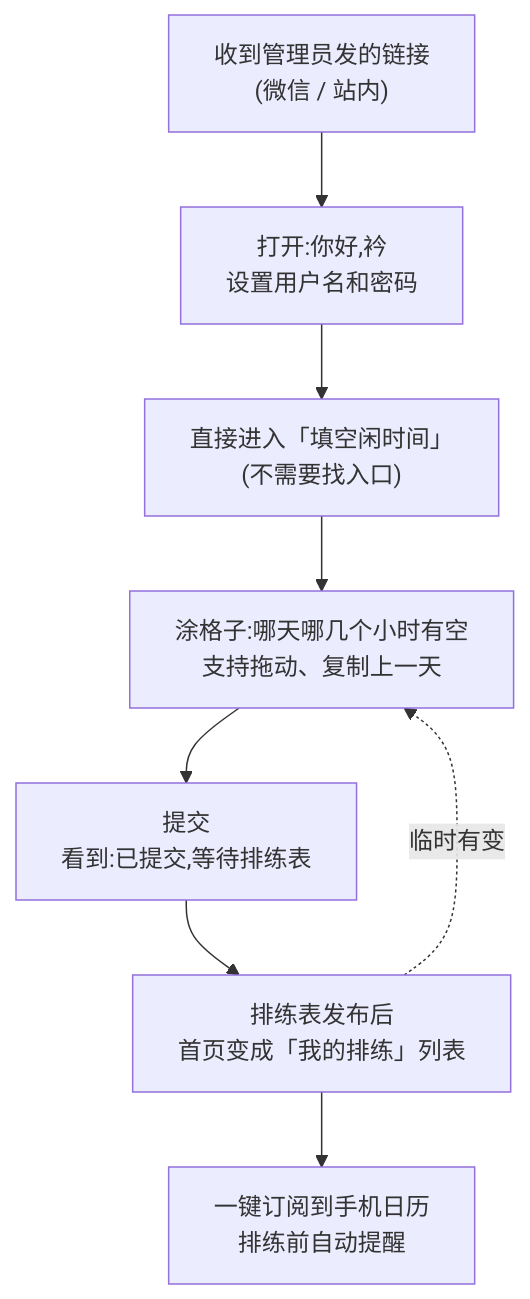
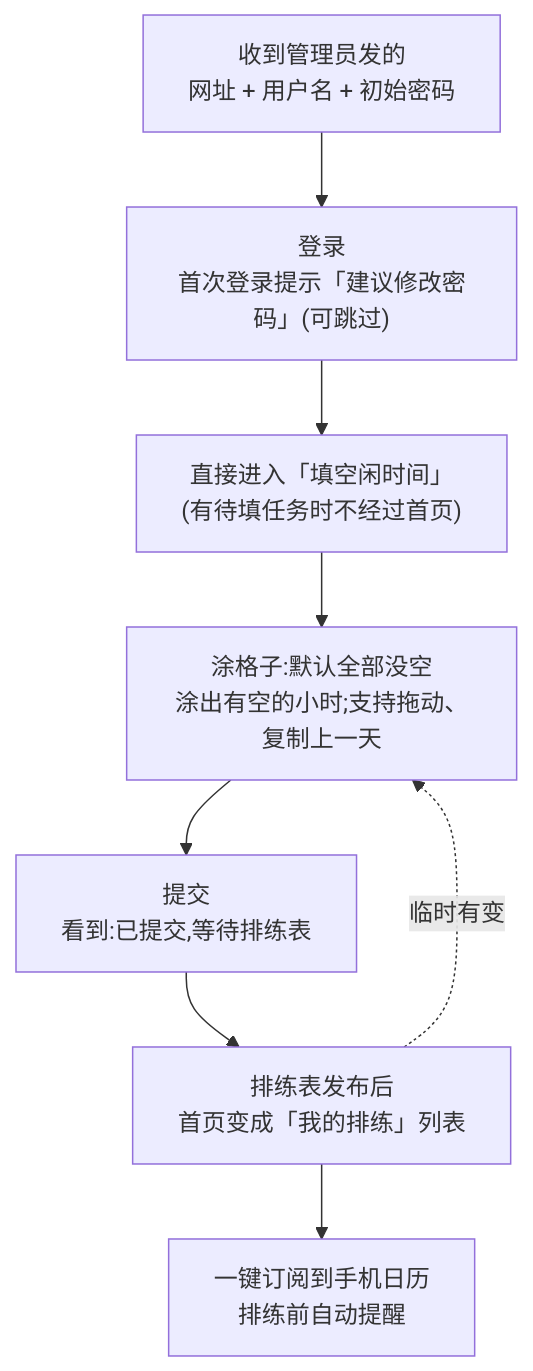
One commit to chuchu1214w/rehearsal-scheduler changed the third of 4 diagrams in 交互设计.md. Above: the diagram before and after it, drawn with Mermaid. The commit also changed other lines of this file and 2 other files, not shown here.

````diff
--- a/交互设计.md
+++ b/交互设计.md
@@ -93,10 +99,10 @@
 ```mermaid
 flowchart TD
-    R1["收到管理员发的链接<br/>(微信 / 站内)"] --> R2["打开:你好,衿<br/>设置用户名和密码"]
-    R2 --> R3["直接进入「填空闲时间」<br/>(不需要找入口)"]
-    R3 --> R4["涂格子:哪天哪几个小时有空<br/>支持拖动、复制上一天"]
+    R1["收到管理员发的<br/>网址 + 用户名 + 初始密码"] --> R2["登录<br/>首次登录提示「建议修改密码」(可跳过)"]
+    R2 --> R3["直接进入「填空闲时间」<br/>(有待填任务时不经过首页)"]
+    R3 --> R4["涂格子:默认全部没空<br/>涂出有空的小时;支持拖动、复制上一天"]
     R4 --> R5["提交<br/>看到:已提交,等待排练表"]
     R5 --> R6["排练表发布后<br/>首页变成「我的排练」列表"]
     R6 --> R7["一键订阅到手机日历<br/>排练前自动提醒"]
     R6 -.->|"临时有变"| R4
 ```
````
